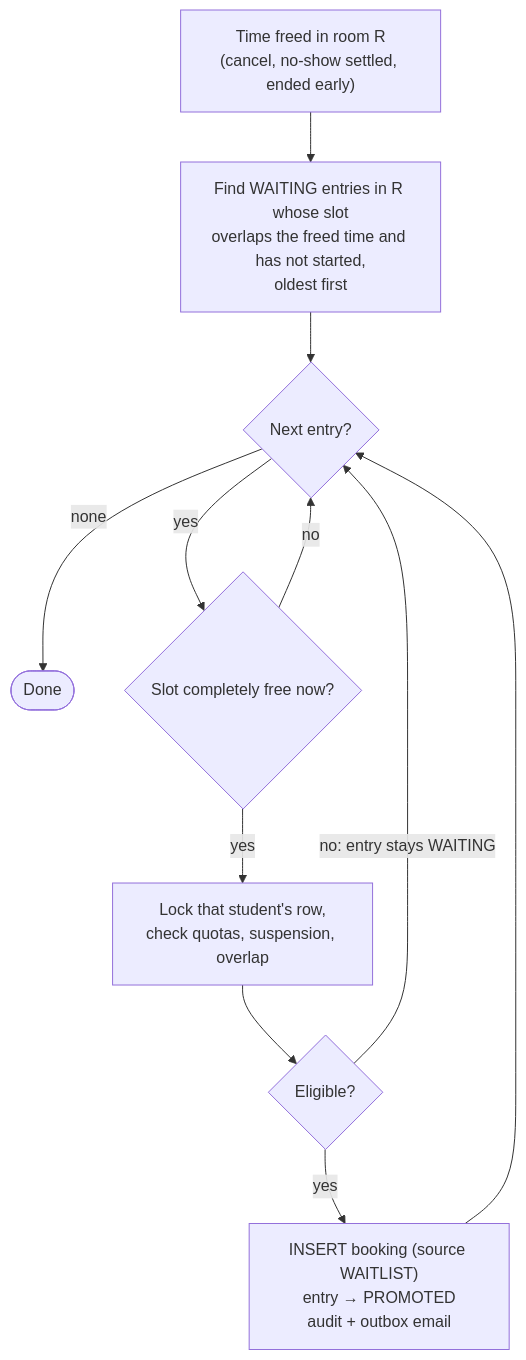
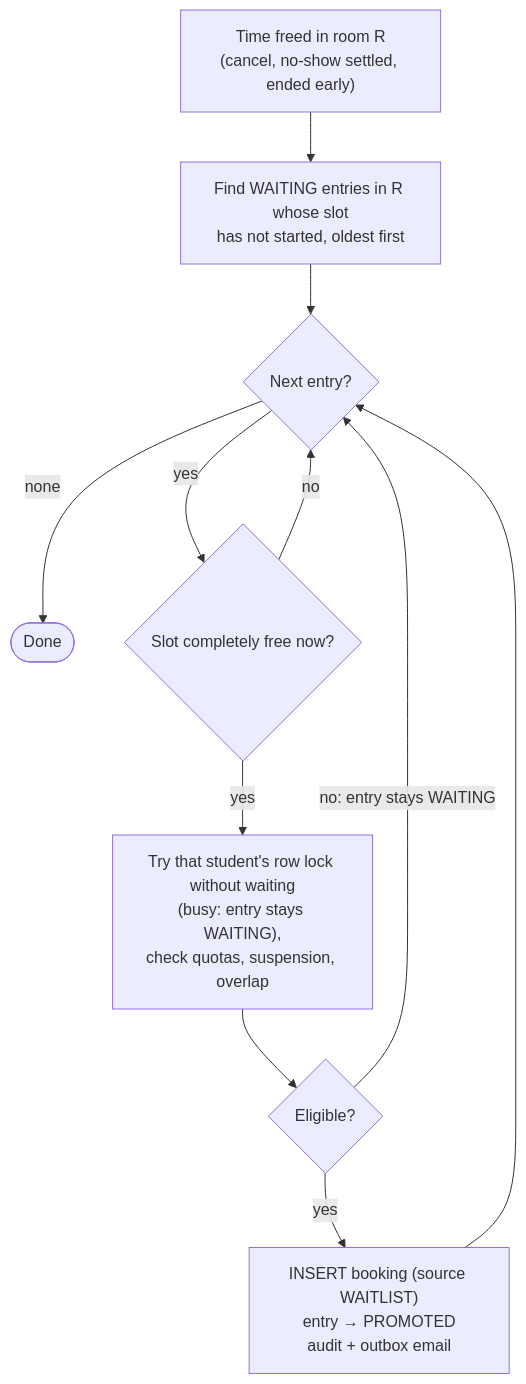
Before and after one commit to EthanYap123/slotted: the sixth of 8 diagrams in docs/ARCHITECTURE.md, drawn with Mermaid. The commit also changed other lines of this file and 49 other files, not shown here.

````diff
--- a/docs/ARCHITECTURE.md
+++ b/docs/ARCHITECTURE.md
@@ -201,13 +200,13 @@
 ```mermaid
 flowchart TD
-    freed["Time freed in room R<br/>(cancel, no-show settled, ended early)"] --> find["Find WAITING entries in R whose slot<br/>overlaps the freed time and has not started,<br/>oldest first"]
+    freed["Time freed in room R<br/>(cancel, no-show settled, ended early)"] --> find["Find WAITING entries in R whose slot<br/>has not started, oldest first"]
     find --> next{"Next entry?"}
     next -- none --> done(["Done"])
     next -- yes --> free{"Slot completely free now?"}
     free -- no --> next
-    free -- yes --> lock["Lock that student's row,<br/>check quotas, suspension, overlap"]
+    free -- yes --> lock["Try that student's row lock without waiting<br/>(busy: entry stays WAITING),<br/>check quotas, suspension, overlap"]
     lock --> eligible{"Eligible?"}
     eligible -- "no: entry stays WAITING" --> next
     eligible -- yes --> book["INSERT booking (source WAITLIST)<br/>entry → PROMOTED<br/>audit + outbox email"]
     book --> next
 ```
````
